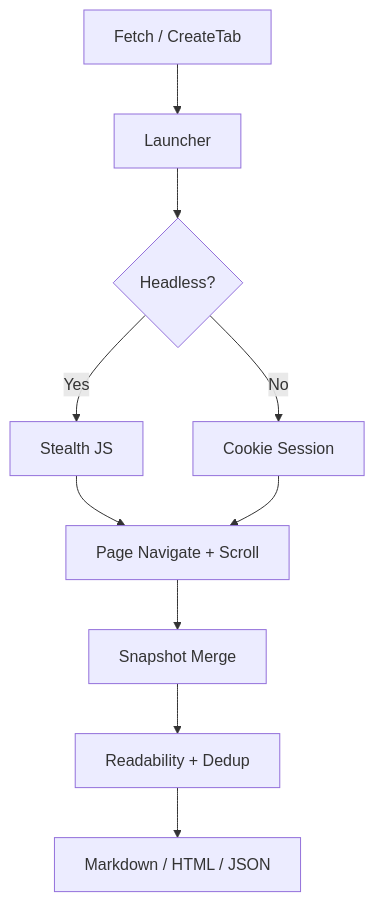
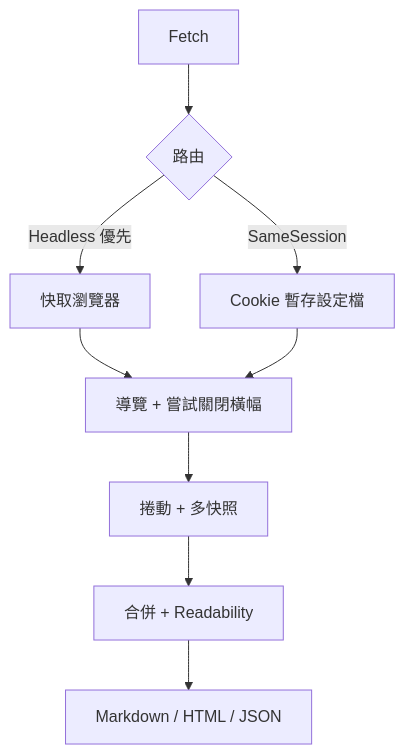
Before and after one commit to pardnchiu/go-browser: the diagram in doc/README.zh.md, drawn with Mermaid. The commit also changed other lines of this file and 5 other files, not shown here.

````diff
--- a/doc/README.zh.md
+++ b/doc/README.zh.md
@@ -41,12 +43,11 @@
 ```mermaid
 graph TB
-    A[Fetch / CreateTab] --> B[Launcher]
-    B --> C{Headless?}
-    C -->|Yes| D[Stealth JS]
-    C -->|No| E[Cookie Session]
-    D --> F[Page Navigate + Scroll]
-    E --> F
-    F --> G[Snapshot Merge]
-    G --> H[Readability + Dedup]
-    H --> I[Markdown / HTML / JSON]
+    A[Fetch] --> B{路由}
+    B -->|Headless 優先| C[快取瀏覽器]
+    B -->|SameSession| D[Cookie 暫存設定檔]
+    C --> E[導覽 + 嘗試關閉橫幅]
+    D --> E
+    E --> F[捲動 + 多快照]
+    F --> G[合併 + Readability]
+    G --> H[Markdown / HTML / JSON]
 ```
````
